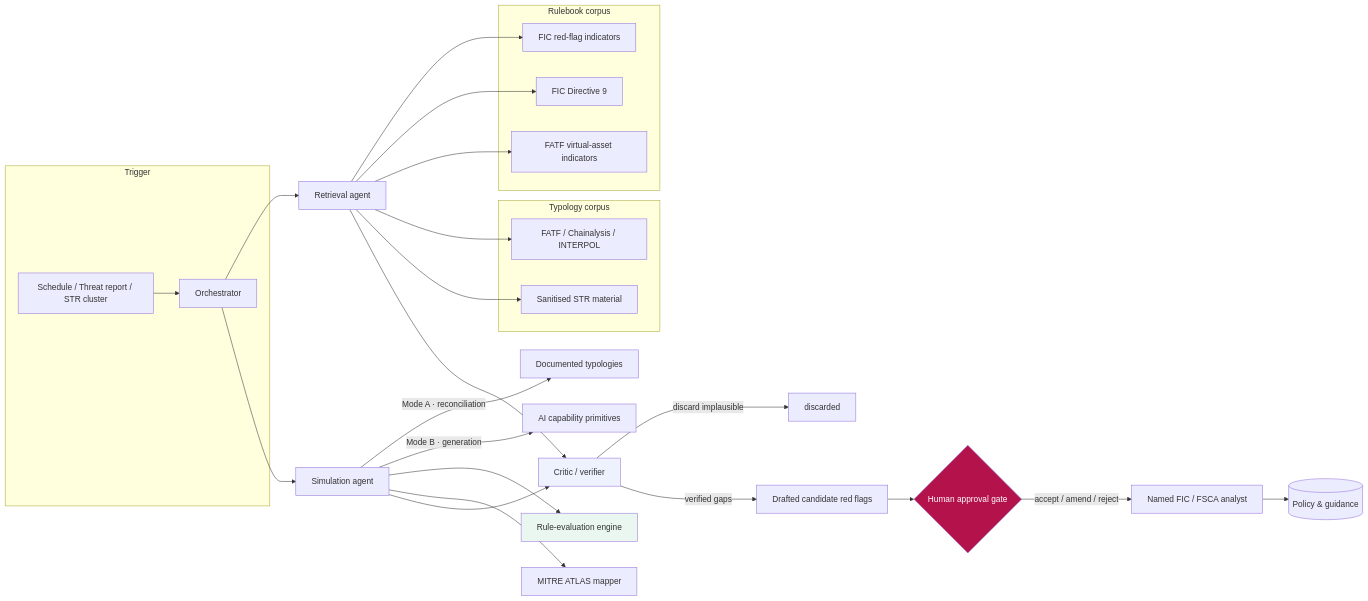
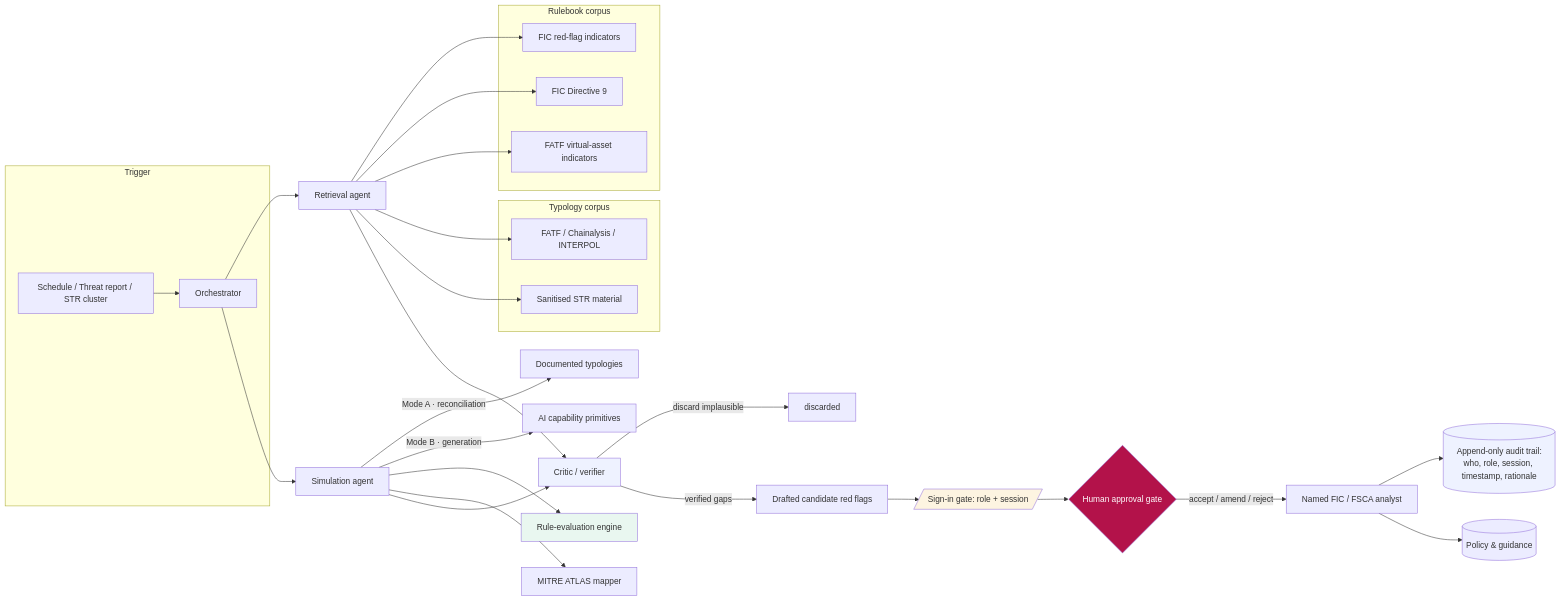
One commit to RootViper4/rulebook_drift_monitor changed the first of 4 diagrams in docs/architecture.md. Above: the diagram before and after it, drawn with Mermaid. The commit also changed other lines of this file and 20 other files, not shown here.

````diff
--- a/docs/architecture.md
+++ b/docs/architecture.md
@@ -5,41 +5,45 @@
 ```mermaid
 flowchart LR
     subgraph Trigger
         S[Schedule / Threat report / STR cluster] --> O[Orchestrator]
     end
 
     O --> RA[Retrieval agent]
     O --> SA[Simulation agent]
 
     subgraph "Rulebook corpus"
         R1[FIC red-flag indicators]
         R2[FIC Directive 9]
         R3[FATF virtual-asset indicators]
     end
 
     subgraph "Typology corpus"
         T1[FATF / Chainalysis / INTERPOL]
         T2[Sanitised STR material]
     end
 
     RA --> R1 & R2 & R3
     RA --> T1 & T2
 
     SA -->|"Mode A · reconciliation"| FIX[Documented typologies]
     SA -->|"Mode B · generation"| GEN[AI capability primitives]
 
     SA --> E[Rule-evaluation engine]
     SA --> AT[MITRE ATLAS mapper]
 
     RA & SA --> CRIT[Critic / verifier]
     CRIT -->|discard implausible| X[discarded]
     CRIT -->|verified gaps| DRAFT[Drafted candidate red flags]
 
-    DRAFT --> GATE{Human approval gate}
+    DRAFT --> AUTH[/Sign-in gate: role + session/]
+    AUTH --> GATE{Human approval gate}
     GATE -->|accept / amend / reject| ANALYST[Named FIC / FSCA analyst]
+    ANALYST --> TRAIL[(Append-only audit trail:<br/>who, role, session, timestamp, rationale)]
     ANALYST --> GUIDANCE[(Policy & guidance)]
 
     style GATE fill:#b3124a,color:#fff
+    style AUTH fill:#fdf4e1
+    style TRAIL fill:#eef2ff
     style CRIT fill:#eef2ff
     style E fill:#e9f7f0
 ```
````
